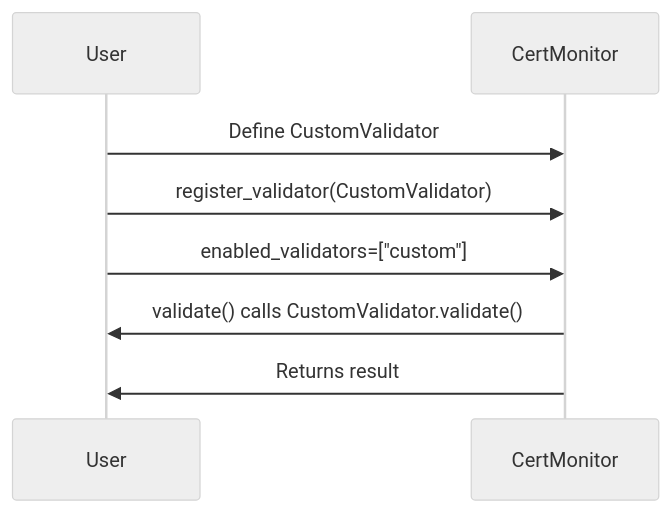
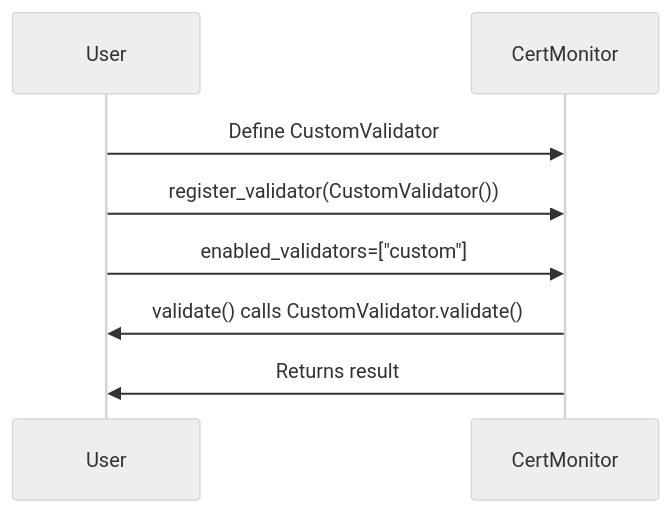
The diagram in docs/usage/custom_validators.md (bradh11/certmonitor), drawn with Mermaid (neutral theme) before and after one commit. The commit also changed other lines of this file and 82 other files, not shown here.

````diff
--- a/docs/usage/custom_validators.md
+++ b/docs/usage/custom_validators.md
@@ -107,10 +114,10 @@
 ```mermaid
 sequenceDiagram
     participant User
     participant CertMonitor
     User->>CertMonitor: Define CustomValidator
-    User->>CertMonitor: register_validator(CustomValidator)
+    User->>CertMonitor: register_validator(CustomValidator())
     User->>CertMonitor: enabled_validators=["custom"]
     CertMonitor->>User: validate() calls CustomValidator.validate()
     CertMonitor->>User: Returns result
 ```
````
